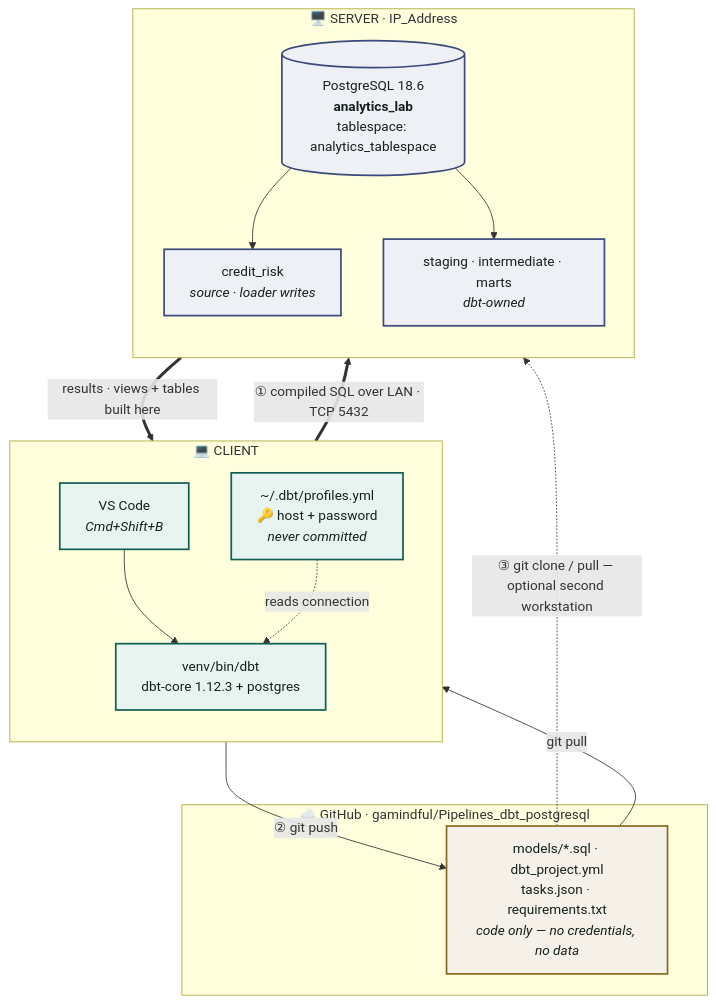
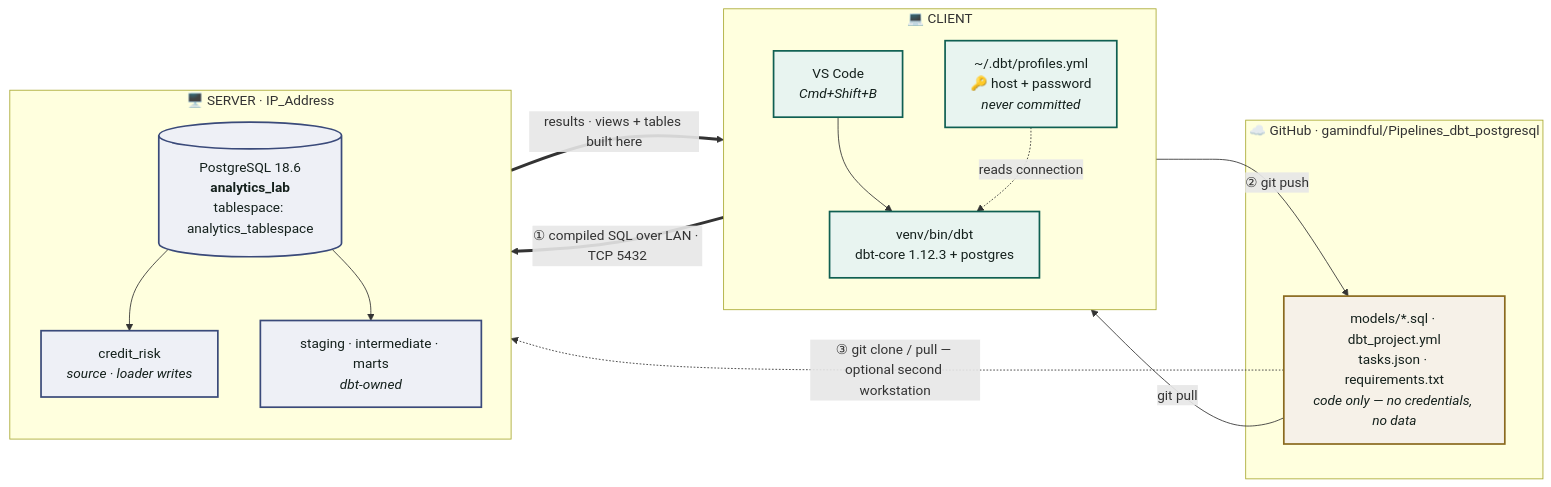
The diagram in README.md (gamindful/Pipelines_dbt_postgresql), drawn with Mermaid before and after one commit. The commit also changed 2 other files, not shown here.

Commit message:
Process updated

````diff
--- a/README.md
+++ b/README.md
@@ -7,39 +7,39 @@
 ```mermaid
-flowchart TB
+flowchart LR
     subgraph GH["☁️ GitHub · gamindful/Pipelines_dbt_postgresql"]
         REPO["models/*.sql · dbt_project.yml<br/>tasks.json · requirements.txt<br/><i>code only — no credentials, no data</i>"]
     end
 
     subgraph CLIENT["💻 CLIENT"]
         direction TB
         CODE["VS Code<br/><i>Cmd+Shift+B</i>"]
         CDBT["venv/bin/dbt<br/>dbt-core 1.12.3 + postgres"]
         CPROF["~/.dbt/profiles.yml<br/>🔑 host + password<br/><i>never committed</i>"]
         CODE --> CDBT
         CPROF -. "reads connection" .-> CDBT
     end
 
     subgraph SERVER["🖥️ SERVER · IP_Address"]
         direction TB
         PG[("PostgreSQL 18.6<br/><b>analytics_lab</b><br/>tablespace: analytics_tablespace")]
         SRC["credit_risk<br/><i>source · loader writes</i>"]
         DBT["staging · intermediate · marts<br/><i>dbt-owned</i>"]
         PG --> SRC
         PG --> DBT
     end
 
     CDBT ==>|"① compiled SQL over LAN · TCP 5432"| PG
     PG ==> |"results · views + tables built here"| CDBT
 
     CLIENT --> |"② git push"| REPO
     REPO --> |"git pull"| CLIENT
 
     REPO -. "③ git clone / pull — optional second workstation" .-> SERVER
 
     classDef client fill:#e8f4f0,stroke:#0f5f52,stroke-width:2px,color:#14201c
     classDef server fill:#eef0f6,stroke:#3a4a7a,stroke-width:2px,color:#14201c
     classDef cloud  fill:#f6f1e8,stroke:#8a6a1f,stroke-width:2px,color:#14201c
     class CODE,CDBT,CPROF client
     class PG,SRC,DBT server
     class REPO cloud
 ```
````
